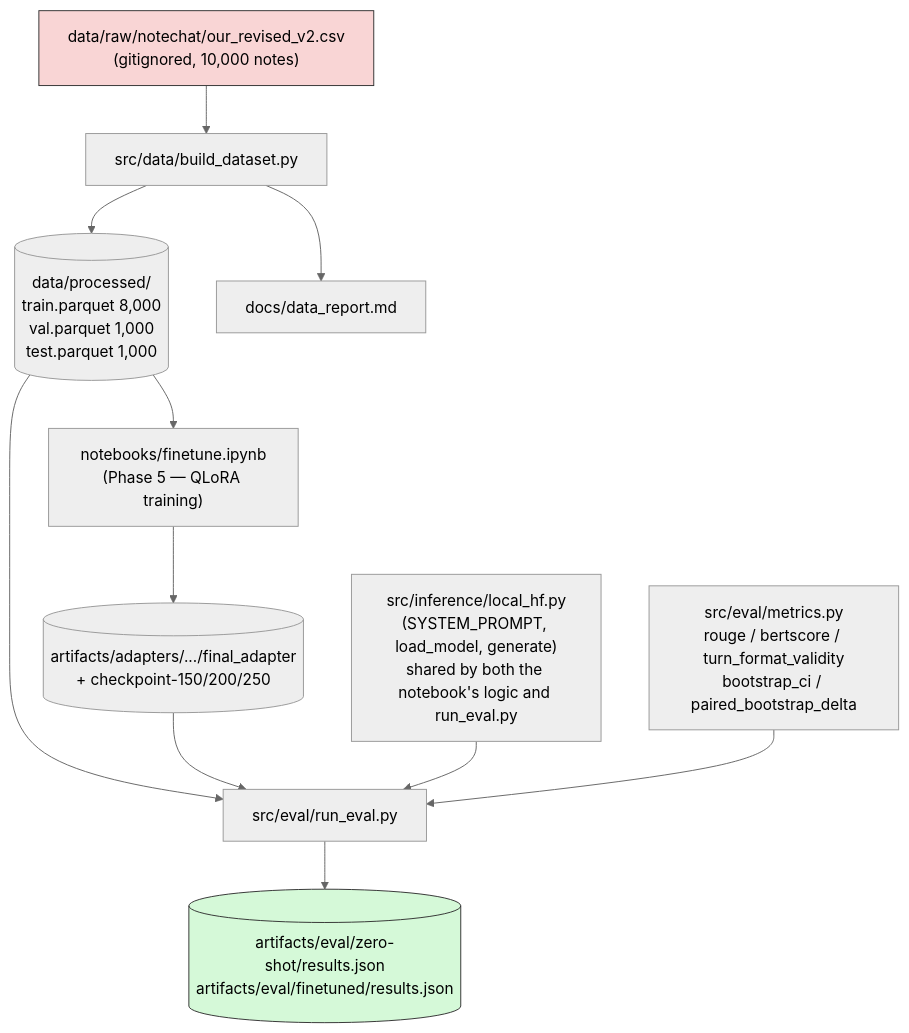
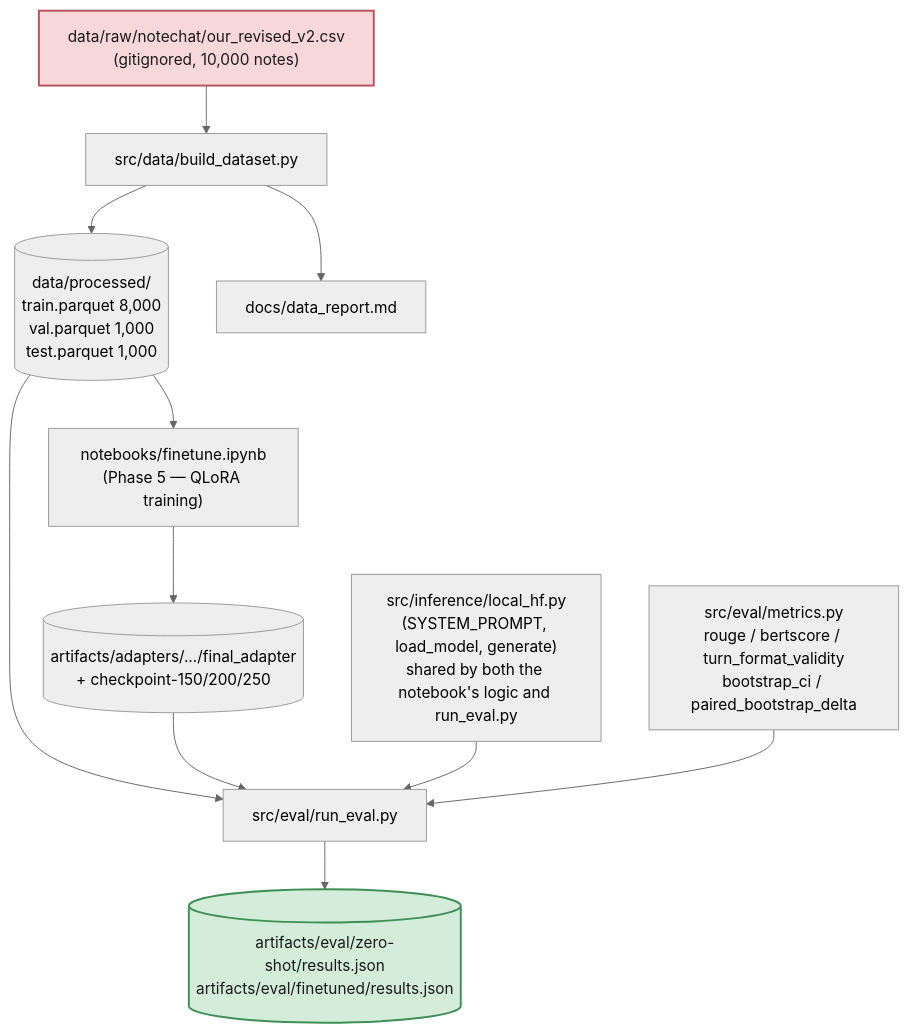
Before and after one commit to Akashkar00/notechat-qlora-eval: the diagram in docs/STATUS_AND_ROADMAP.md, drawn with Mermaid (neutral theme). The commit also changed other lines of this file and 7 other files, not shown here.

````diff
--- a/docs/STATUS_AND_ROADMAP.md
+++ b/docs/STATUS_AND_ROADMAP.md
@@ -39,19 +41,19 @@
 ```mermaid
 flowchart TD
     RAW["data/raw/notechat/our_revised_v2.csv\n(gitignored, 10,000 notes)"] --> BUILD["src/data/build_dataset.py"]
     BUILD --> SPLIT[("data/processed/\ntrain.parquet 8,000\nval.parquet 1,000\ntest.parquet 1,000")]
     BUILD --> REPORT["docs/data_report.md"]
 
     SPLIT --> NB["notebooks/finetune.ipynb\n(Phase 5 — QLoRA training)"]
     NB --> ADAPTER[("artifacts/adapters/.../final_adapter\n+ checkpoint-150/200/250")]
 
     SPLIT --> RUNEVAL["src/eval/run_eval.py"]
     ADAPTER --> RUNEVAL
     LOCALHF["src/inference/local_hf.py\n(SYSTEM_PROMPT, load_model, generate)\nshared by both the notebook's logic and run_eval.py"] --> RUNEVAL
     METRICS["src/eval/metrics.py\nrouge / bertscore / turn_format_validity\nbootstrap_ci / paired_bootstrap_delta"] --> RUNEVAL
 
     RUNEVAL --> RESULTS[("artifacts/eval/zero-shot/results.json\nartifacts/eval/finetuned/results.json")]
 
-    style RAW fill:#f9d5d5,stroke:#333
-    style RESULTS fill:#d5f9d8,stroke:#333
+    style RAW fill:#f8d7da,stroke:#b4545a,stroke-width:2px,color:#1a1a1a
+    style RESULTS fill:#d3edda,stroke:#3f8f57,stroke-width:2px,color:#1a1a1a
 ```
````
